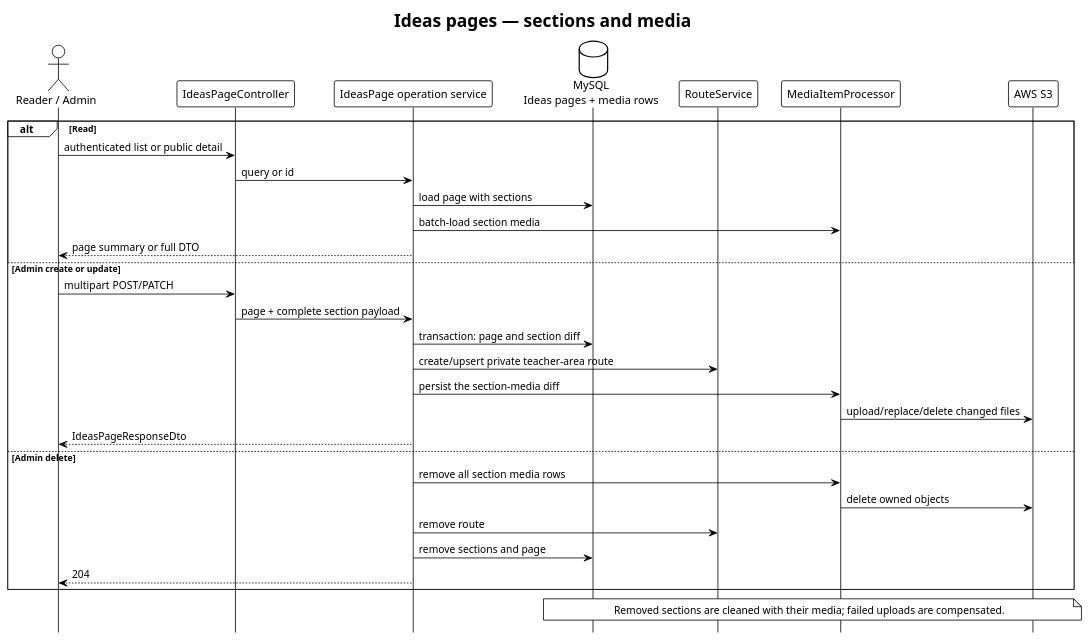
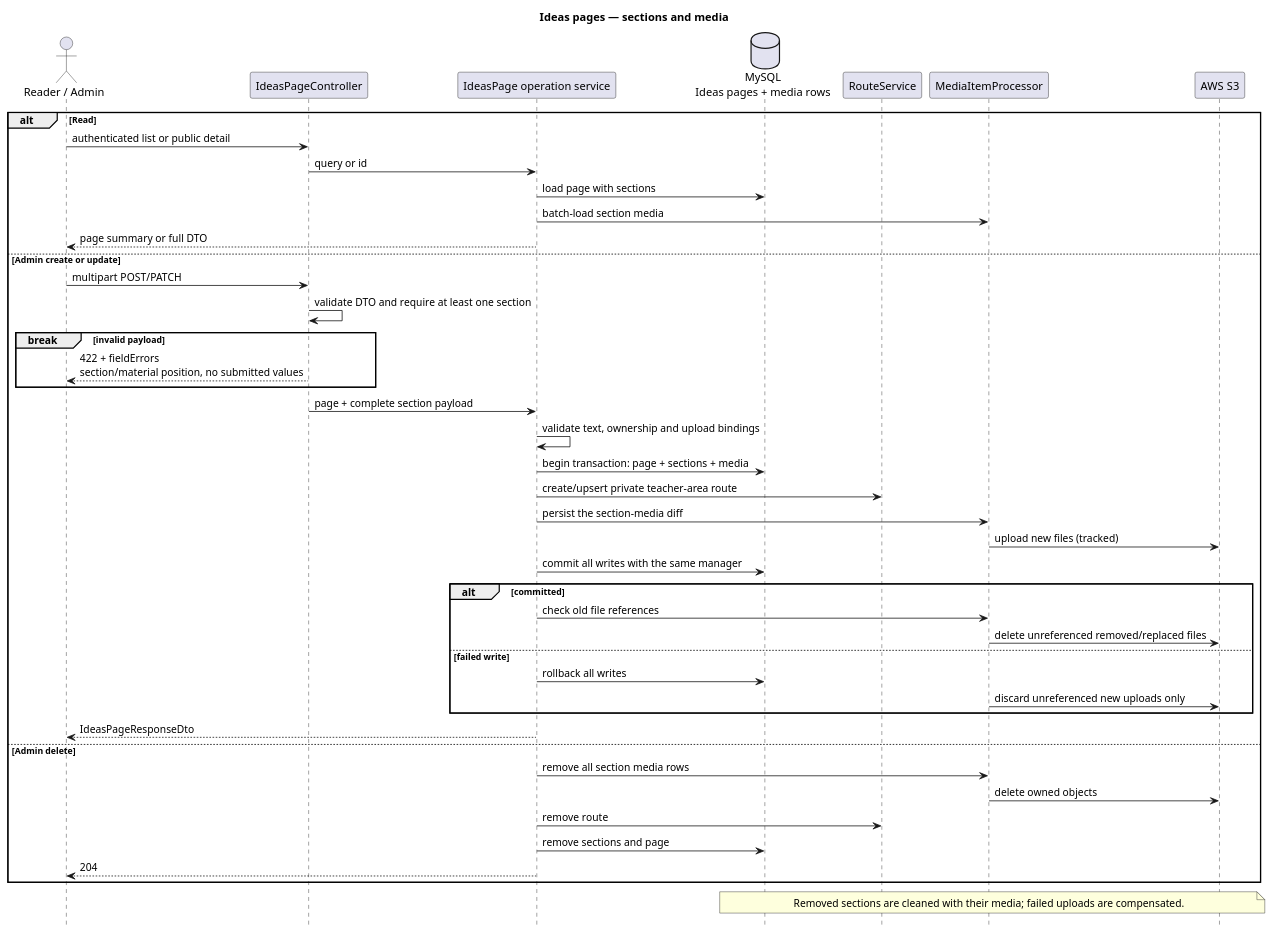
The diagram in docs/diagrams/flow/ideas-pages/ideas-pages-flow.puml (ministerioclubinhos/clubinhonib-api), drawn with PlantUML before and after one commit. The commit also changed 17 other files, not shown here.

First line of the commit message:
feat: enhance ideas page service with validation and media handling improvements

```diff
--- a/docs/diagrams/flow/ideas-pages/ideas-pages-flow.puml
+++ b/docs/diagrams/flow/ideas-pages/ideas-pages-flow.puml
@@ -1,39 +1,51 @@
-@startuml Ideas Pages Flow - Clubinho NIB API
-!theme plain
+@startuml
 hide footbox
 title Ideas pages — sections and media
 
 actor "Reader / Admin" as Client
 participant IdeasPageController as Controller
 participant "IdeasPage operation service" as Service
 database "MySQL\nIdeas pages + media rows" as Repository
 participant RouteService as Route
 participant MediaItemProcessor as Media
 participant "AWS S3" as S3
 
 alt Read
   Client -> Controller : authenticated list or public detail
   Controller -> Service : query or id
   Service -> Repository : load page with sections
   Service -> Media : batch-load section media
   Service --> Client : page summary or full DTO
 else Admin create or update
   Client -> Controller : multipart POST/PATCH
+  Controller -> Controller : validate DTO and require at least one section
+  break invalid payload
+    Controller --> Client : 422 + fieldErrors\nsection/material position, no submitted values
+  end
   Controller -> Service : page + complete section payload
-  Service -> Repository : transaction: page and section diff
+  Service -> Service : validate text, ownership and upload bindings
+  Service -> Repository : begin transaction: page + sections + media
   Service -> Route : create/upsert private teacher-area route
   Service -> Media : persist the section-media diff
-  Media -> S3 : upload/replace/delete changed files
+  Media -> S3 : upload new files (tracked)
+  Service -> Repository : commit all writes with the same manager
+  alt committed
+    Service -> Media : check old file references
+    Media -> S3 : delete unreferenced removed/replaced files
+  else failed write
+    Service -> Repository : rollback all writes
+    Media -> S3 : discard unreferenced new uploads only
+  end
   Service --> Client : IdeasPageResponseDto
 else Admin delete
   Service -> Media : remove all section media rows
   Media -> S3 : delete owned objects
   Service -> Route : remove route
   Service -> Repository : remove sections and page
   Service --> Client : 204
 end
 
 note over Repository, S3
   Removed sections are cleaned with their media; failed uploads are compensated.
 end note
 @enduml
```
